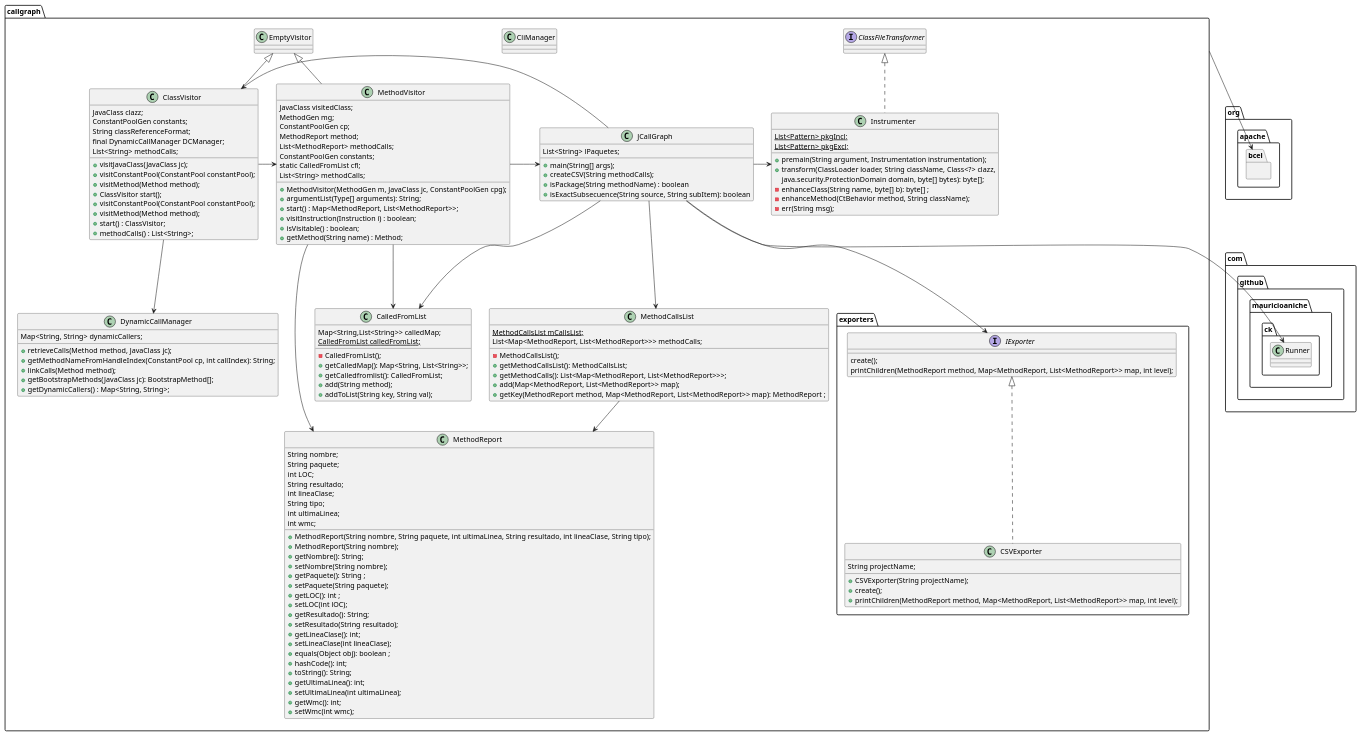
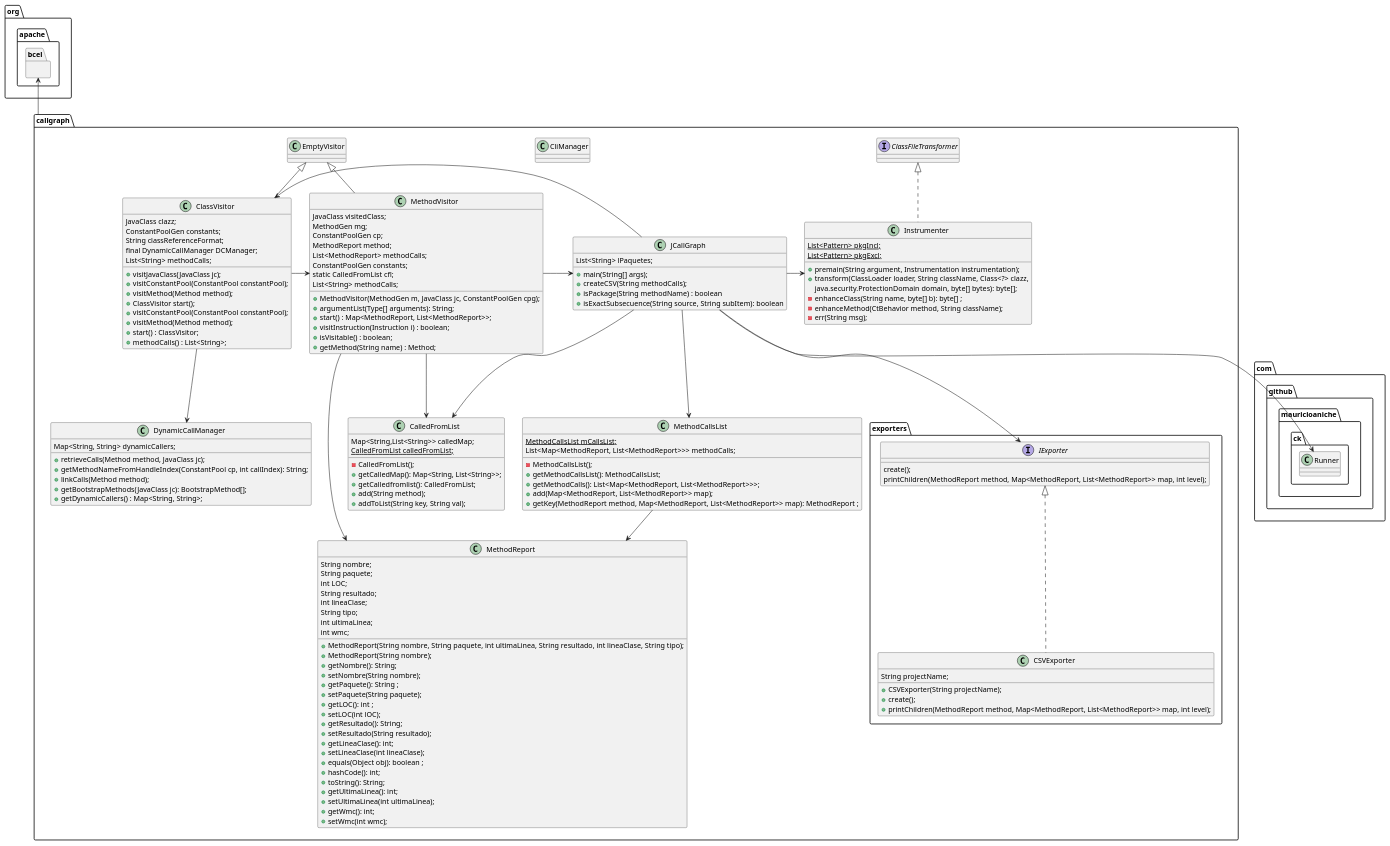
Before and after one commit to iakigarci/BytecodeAnalysis: the diagram in TFG/uml/diagrama_de_clases.plantuml, drawn with PlantUML. The commit also changed 35 other files, not shown here.

Commit message:
feat: Carpeta treecall y nuevos diagramas de componentes

```diff
--- a/TFG/uml/diagrama_de_clases.plantuml
+++ b/TFG/uml/diagrama_de_clases.plantuml
@@ -1,183 +1,187 @@
 @startuml components
 
 
 package callgraph {
 
     class CalledFromList {
         Map<String,List<String>> calledMap;
         {static} CalledFromList calledFromList;
         -CalledFromList();
         +getCalledMap(): Map<String, List<String>>;
         +getCalledfromlist(): CalledFromList;
         +add(String method);
         +addToList(String key, String val);
     }
 
     class ClassVisitor extends EmptyVisitor {
         JavaClass clazz;
         ConstantPoolGen constants;
         String classReferenceFormat;
         final DynamicCallManager DCManager;
         List<String> methodCalls;
         +visitJavaClass(JavaClass jc);
         +visitConstantPool(ConstantPool constantPool); 
         +visitMethod(Method method);
         +ClassVisitor start();
         +visitConstantPool(ConstantPool constantPool);
         +visitMethod(Method method);
         +start() : ClassVisitor;
         +methodCalls() : List<String>;
     }
 
     class CliManager {
 
     }
 
     class DynamicCallManager {
         Map<String, String> dynamicCallers;
         +retrieveCalls(Method method, JavaClass jc);
         +getMethodNameFromHandleIndex(ConstantPool cp, int callIndex): String;
         +linkCalls(Method method);
         +getBootstrapMethods(JavaClass jc): BootstrapMethod[];
         +getDynamicCallers() : Map<String, String>;
     }
 
     class Instrumenter implements ClassFileTransformer {
         {static} List<Pattern> pkgIncl;
         {static} List<Pattern> pkgExcl;
         +premain(String argument, Instrumentation instrumentation);
         +transform(ClassLoader loader, String className, Class<?> clazz,
                 java.security.ProtectionDomain domain, byte[] bytes): byte[];
         -enhanceClass(String name, byte[] b): byte[] ;
         -enhanceMethod(CtBehavior method, String className);
         -err(String msg);
     }
 
     class JCallGraph {
         List<String> lPaquetes;
         +main(String[] args);
         +createCSV(String methodCalls);
         +isPackage(String methodName) : boolean
         +isExactSubsecuence(String source, String subItem): boolean
     }
 
     class MethodCallsList {
         {static} MethodCallsList mCallsList;
         List<Map<MethodReport, List<MethodReport>>> methodCalls;
         -MethodCallsList();
         +getMethodCallsList(): MethodCallsList;
         +getMethodCalls(): List<Map<MethodReport, List<MethodReport>>>;
         +add(Map<MethodReport, List<MethodReport>> map);
         +getKey(MethodReport method, Map<MethodReport, List<MethodReport>> map): MethodReport ;
     }
 
     class MethodReport {
         String nombre;
         String paquete;
         int LOC;
         String resultado;
         int lineaClase;
         String tipo;
         int ultimaLinea;
         int wmc;
         +MethodReport(String nombre, String paquete, int ultimaLinea, String resultado, int lineaClase, String tipo);
         +MethodReport(String nombre);
         +getNombre(): String;
         +setNombre(String nombre);
         +getPaquete(): String ;
         +setPaquete(String paquete);
         +getLOC(): int ;
         +setLOC(int lOC);
         +getResultado(): String;
         +setResultado(String resultado);
         +getLineaClase(): int;
         +setLineaClase(int lineaClase);
         +equals(Object obj): boolean ;
         +hashCode(): int;
         +toString(): String;
         +getUltimaLinea(): int;
         +setUltimaLinea(int ultimaLinea);
         +getWmc(): int;
         +setWmc(int wmc);
     }
 
     class MethodVisitor extends EmptyVisitor {
         JavaClass visitedClass;
         MethodGen mg; 
         ConstantPoolGen cp;
         MethodReport method;
         List<MethodReport> methodCalls;
         ConstantPoolGen constants;
         static CalledFromList cfl;
         List<String> methodCalls;
         +MethodVisitor(MethodGen m, JavaClass jc, ConstantPoolGen cpg);
         +argumentList(Type[] arguments): String;
         +start() : Map<MethodReport, List<MethodReport>>;
         +visitInstruction(Instruction i) : boolean;
         +isVisitable() : boolean;
         +getMethod(String name) : Method;
     }
     package exporters {
         interface IExporter {
             create();
             printChildren(MethodReport method, Map<MethodReport, List<MethodReport>> map, int level);
         }
 
         class CSVExporter implements IExporter {
             String projectName;
             +CSVExporter(String projectName);
             +create();
             +printChildren(MethodReport method, Map<MethodReport, List<MethodReport>> map, int level);
         }
     }
 }
 
-
 package com.github.mauricioaniche.ck {
     ' package util {}
     ' package metric {}
 
     ' class CK {}
     ' class CKClassResult {}
     ' class CKMethodResult {}
     ' class CKNotifier {}
     ' class CKVisitor {}
     ' class MetricsExecutor {}
     ' class ResultWriter {}
     ' class ResultWriter {}
      class Runner {}
 }
 
 package org.apache.bcel {
     ' class JavaClass {}
     ' class ConstantPoolGen {}
     ' class MethodGen {}
     ' class ConstantPool {}
 }
 
 
 /' JCG '/
-callgraph -down-> org.apache.bcel
+callgraph -up-> org.apache.bcel
 
 ClassVisitor -down-> DynamicCallManager
 ClassVisitor -> MethodVisitor
 
 JCallGraph -left-> ClassVisitor
 JCallGraph -down-> MethodCallsList
 JCallGraph -down-> CalledFromList
 JCallGraph -right-> Instrumenter
 JCallGraph -down-> Runner
 JCallGraph -down-> IExporter
 
 MethodCallsList -down-> MethodReport
 
 MethodVisitor -> CalledFromList
 MethodVisitor -> JCallGraph
 MethodVisitor -> MethodReport
 
 
 /' CK '/
 ' CKNotifier -[hidden]> CKClassResult
 ' CK -[hidden]>  MetricsExecutor
 ' CK -[hidden]> ResultWriter
+
+' JCallGraph -right-> ClassVisitor
+' ClassVisitor -down-> JavaClass
+' ClassVisitor -down-> ConstantPoolGen
+' ClassVisitor -down-> DynamicCallManager
 @enduml
```
